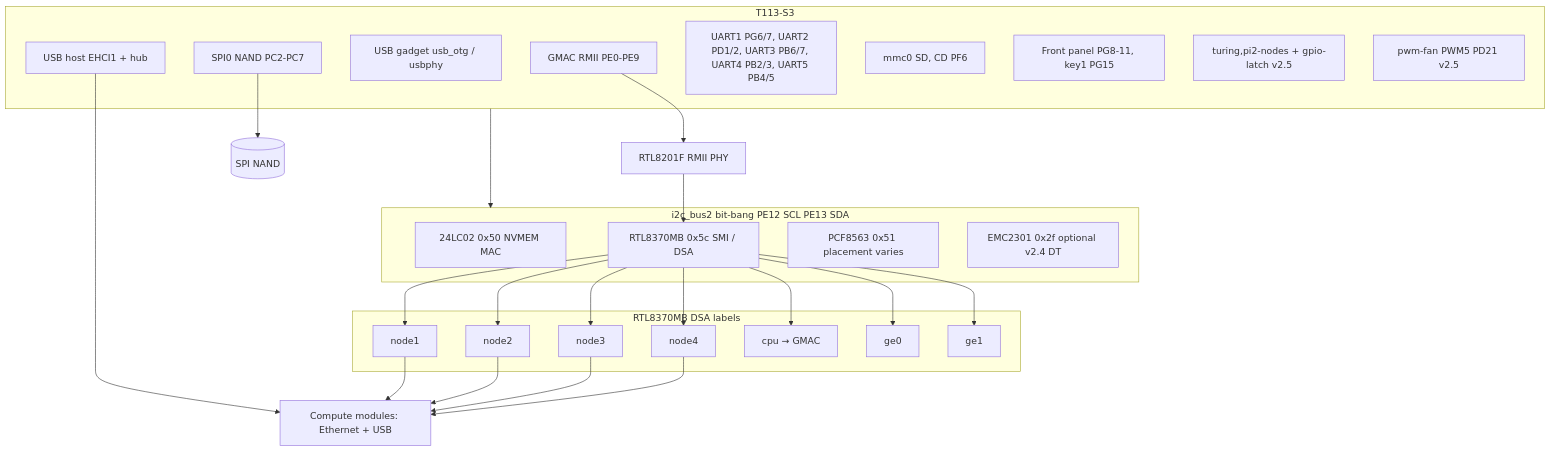
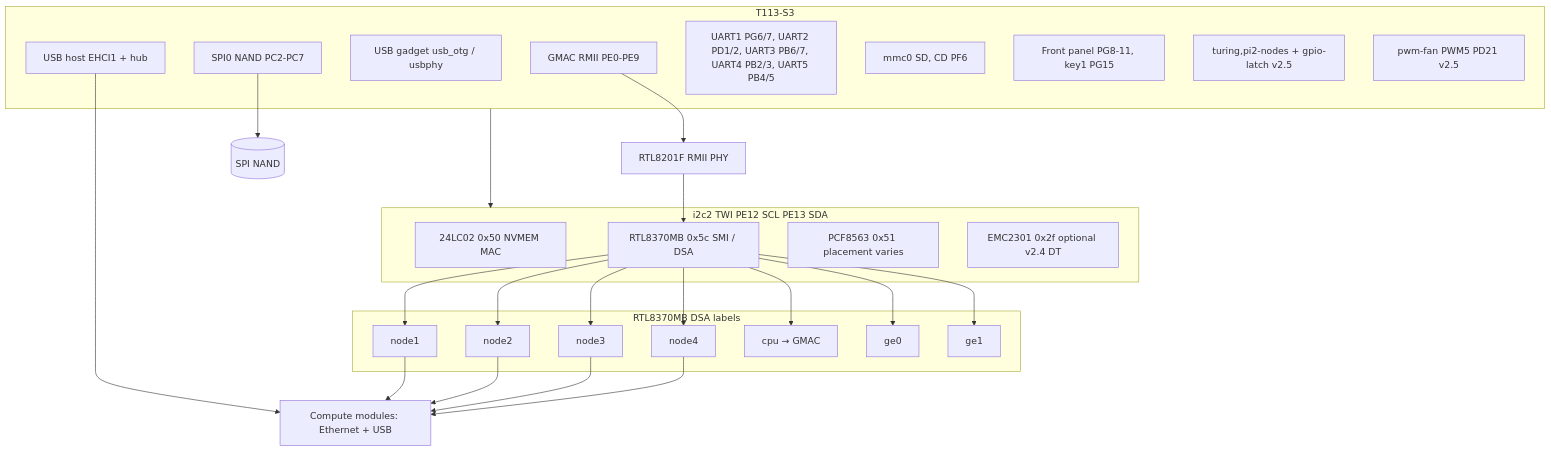
Before and after one commit to danste22/Turing-pi-BMC-Firmware: the diagram in README.md, drawn with Mermaid. The commit also changed other lines of this file and 8 other files, not shown here.

````diff
--- a/README.md
+++ b/README.md
@@ -370,48 +370,48 @@
 ```mermaid
 flowchart TB
   subgraph soc[T113-S3]
     GMAC["GMAC RMII PE0-PE9"]
     SPI0["SPI0 NAND PC2-PC7"]
     OTG["USB gadget usb_otg / usbphy"]
     EHCI["USB host EHCI1 + hub"]
     UART["UART1 PG6/7, UART2 PD1/2, UART3 PB6/7, UART4 PB2/3, UART5 PB4/5"]
     MMC["mmc0 SD, CD PF6"]
     FP["Front panel PG8-11, key1 PG15"]
     NGPIO["turing,pi2-nodes + gpio-latch v2.5"]
     PWM["pwm-fan PWM5 PD21 v2.5"]
   end
-  subgraph i2c[i2c_bus2 bit-bang PE12 SCL PE13 SDA]
+  subgraph i2c[i2c2 TWI PE12 SCL PE13 SDA]
     EEP["24LC02 0x50 NVMEM MAC"]
     RTL["RTL8370MB 0x5c SMI / DSA"]
     RTC["PCF8563 0x51 placement varies"]
     EMC["EMC2301 0x2f optional v2.4 DT"]
   end
   PHY["RTL8201F RMII PHY"]
   subgraph ports[RTL8370MB DSA labels]
     P1["node1"]
     P2["node2"]
     P3["node3"]
     P4["node4"]
     PC["cpu → GMAC"]
     G0["ge0"]
     G1["ge1"]
   end
   NAND[("SPI NAND")]
   MOD["Compute modules: Ethernet + USB"]
   GMAC --> PHY
   PHY --> RTL
   soc --> i2c
   SPI0 --> NAND
   EHCI --> MOD
   RTL --> P1
   RTL --> P2
   RTL --> P3
   RTL --> P4
   RTL --> PC
   RTL --> G0
   RTL --> G1
   P1 --> MOD
   P2 --> MOD
   P3 --> MOD
   P4 --> MOD
 ```
````
